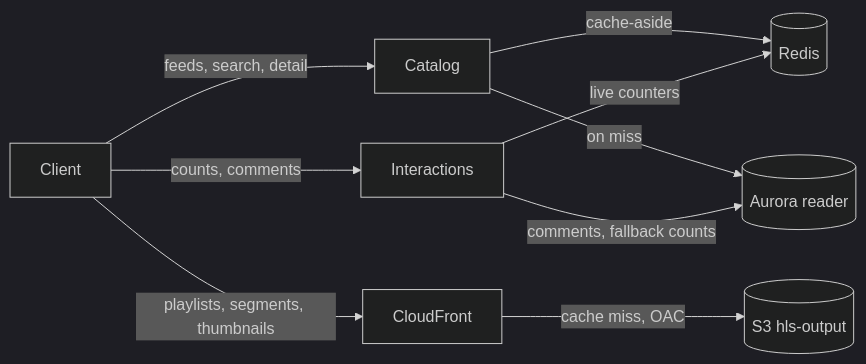
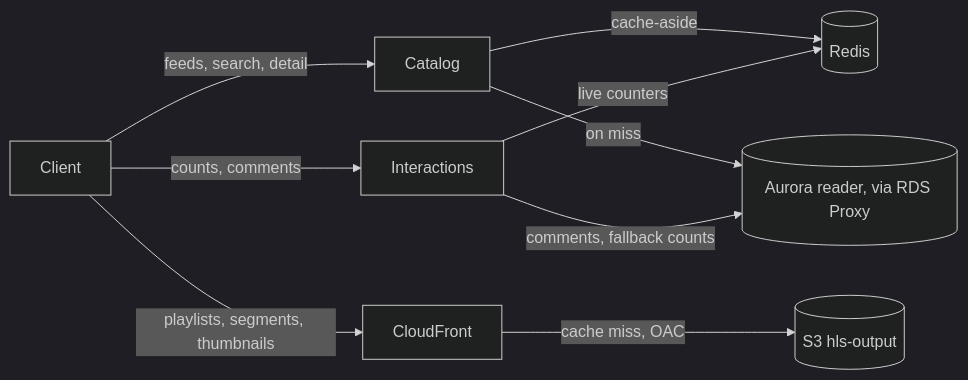
The third of 3 diagrams in docs/design-description/data-design.md (MyCilinder/MyCilinder-Backend), drawn with Mermaid (dark theme) before and after one commit. The commit also changed other lines of this file and 7 other files, not shown here.

Commit message:
docs: Update architecture and design documentation to include RDS Proxy integration and clarify database connection management

````diff
--- a/docs/design-description/data-design.md
+++ b/docs/design-description/data-design.md
@@ -218,11 +218,11 @@
 ```mermaid
 flowchart LR
   C[Client] -->|feeds, search, detail| CAT[Catalog]
   CAT -->|cache-aside| R[(Redis)]
-  CAT -->|on miss| RO[(Aurora reader)]
+  CAT -->|on miss| RO[(Aurora reader, via RDS Proxy)]
   C -->|counts, comments| INT[Interactions]
   INT -->|live counters| R
   INT -->|comments, fallback counts| RO
   C -->|playlists, segments, thumbnails| CF[CloudFront]
   CF -->|cache miss, OAC| OUT[(S3 hls-output)]
 ```
````
